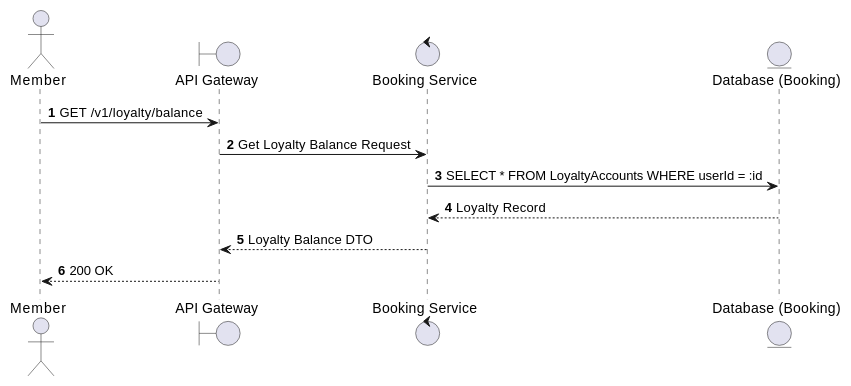
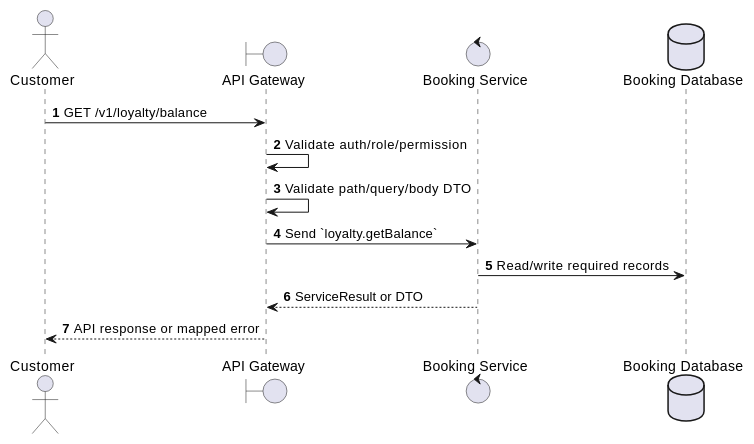
One commit to Tanh1603/movie-hub-architecture changed the first of 2 diagrams in docs/functional_specs/3.11_Loyalty_Points_Module/LY-01_Get_Loyalty_Balance.md. Above: the diagram before and after it, drawn with PlantUML. The commit also changed other lines of this file and 126 other files, not shown here.

````diff
--- a/docs/functional_specs/3.11_Loyalty_Points_Module/LY-01_Get_Loyalty_Balance.md
+++ b/docs/functional_specs/3.11_Loyalty_Points_Module/LY-01_Get_Loyalty_Balance.md
@@ -17,16 +17,17 @@
 ```plantuml
 @startuml
 autonumber
-actor Member
+actor "Customer" as Actor
 boundary "API Gateway" as GW
-control "Booking Service" as BS
-entity "Database (Booking)" as DB
+control "Booking Service" as SVC
+database "Booking Database" as DB
 
-Member -> GW: GET /v1/loyalty/balance
-GW -> BS: Get Loyalty Balance Request
-BS -> DB: SELECT * FROM LoyaltyAccounts WHERE userId = :id
-DB --> BS: Loyalty Record
-BS --> GW: Loyalty Balance DTO
-GW --> Member: 200 OK
+Actor -> GW: GET /v1/loyalty/balance
+GW -> GW: Validate auth/role/permission
+GW -> GW: Validate path/query/body DTO
+GW -> SVC: Send `loyalty.getBalance`
+SVC -> DB: Read/write required records
+SVC --> GW: ServiceResult or DTO
+GW --> Actor: API response or mapped error
 @enduml
 ```
````
